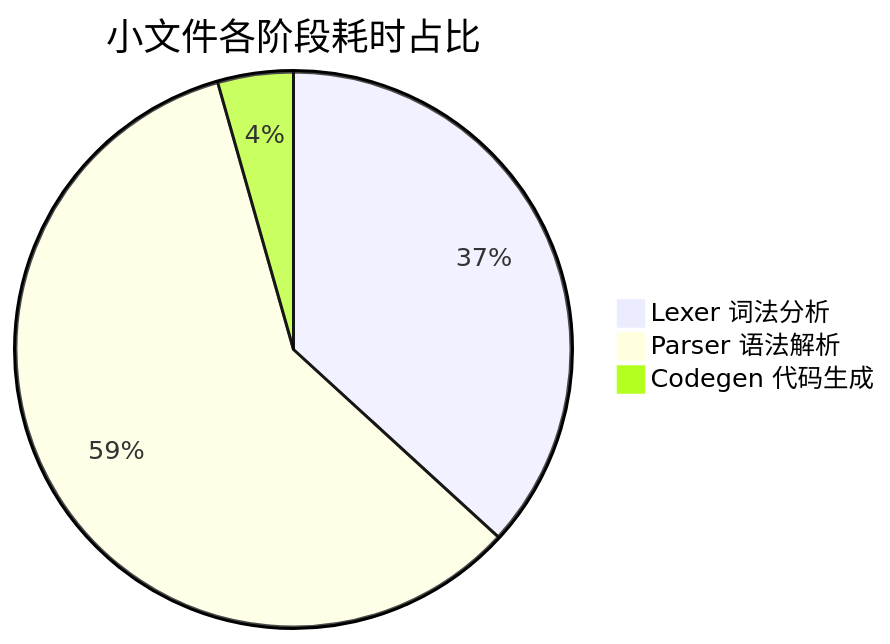
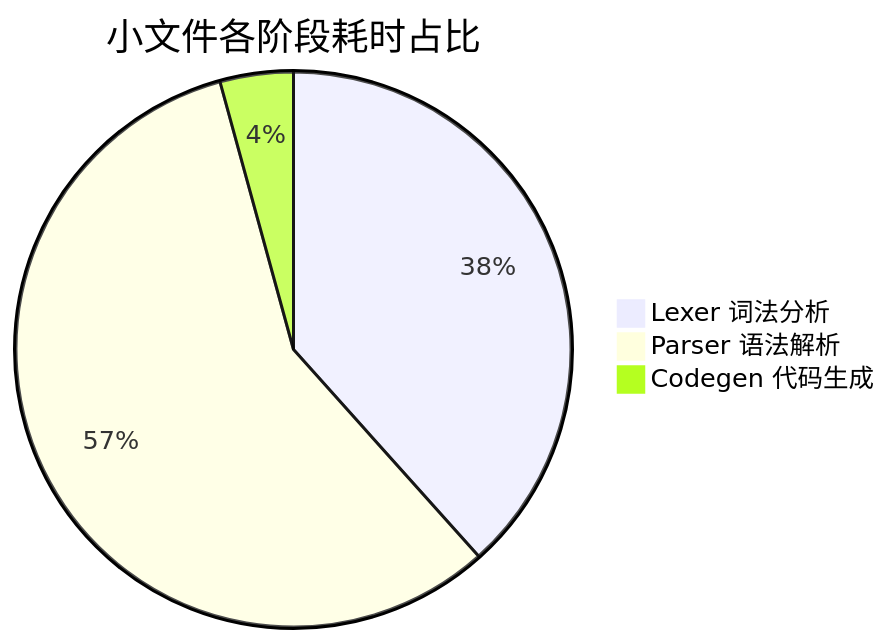
Before and after one commit to skywalk163/duan: the second of 4 diagrams in docs/performance.md, drawn with Mermaid. The commit also changed other lines of this file and 2 other files, not shown here.

````diff
--- a/docs/performance.md
+++ b/docs/performance.md
@@ -92,7 +93,7 @@
 ```mermaid
 pie
   title 小文件各阶段耗时占比
-  "Lexer 词法分析" : 36.8
-  "Parser 语法解析" : 58.8
-  "Codegen 代码生成" : 4.4
+  "Lexer 词法分析" : 37.8
+  "Parser 语法解析" : 56.5
+  "Codegen 代码生成" : 4.2
 ```
````
